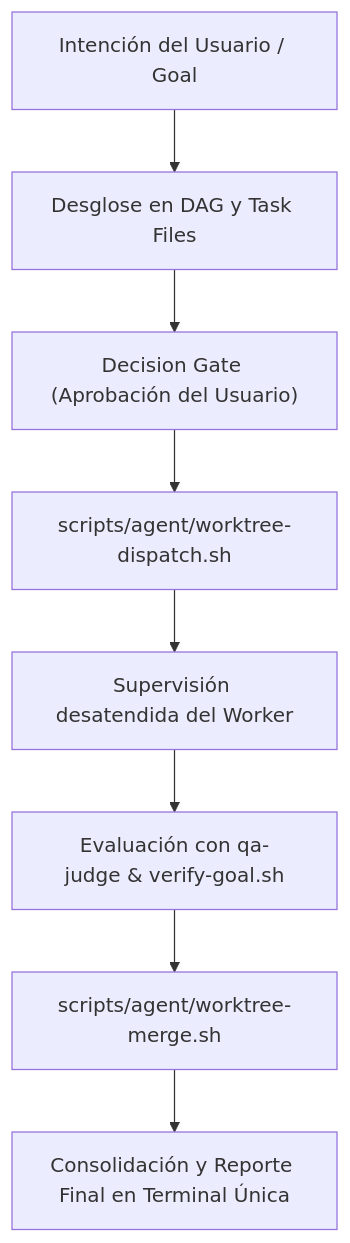
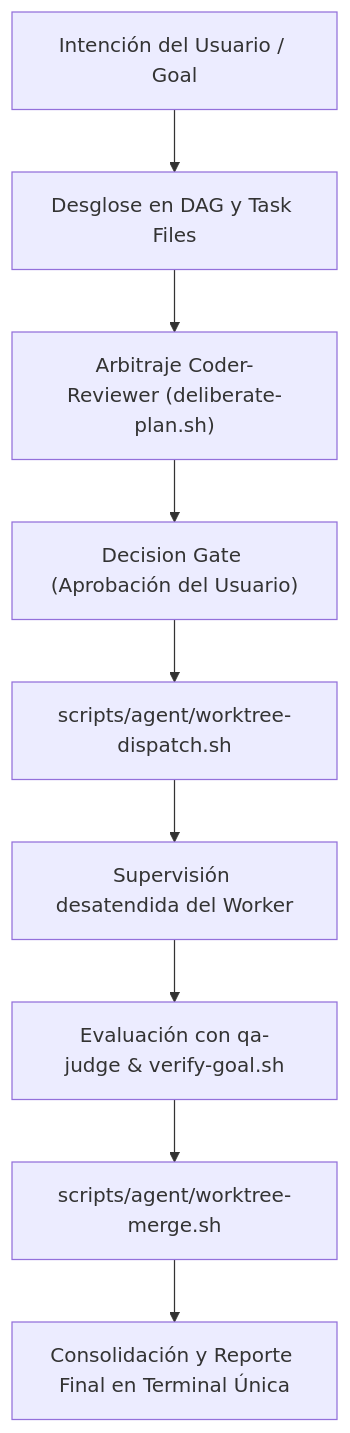
One commit to romensuarezr/agent-os changed the diagram in .agents/profiles/coordinator.md. Above: the diagram before and after it, drawn with Mermaid. The commit also changed other lines of this file and 4 other files, not shown here.

````diff
--- a/.agents/profiles/coordinator.md
+++ b/.agents/profiles/coordinator.md
@@ -62,10 +64,11 @@
 ```mermaid
 flowchart TD
     UserIntention["Intención del Usuario / Goal"] --> Plan["Desglose en DAG y Task Files"]
-    Plan --> Gate["Decision Gate (Aprobación del Usuario)"]
+    Plan --> DelibGate["Arbitraje Coder-Reviewer (deliberate-plan.sh)"]
+    DelibGate --> Gate["Decision Gate (Aprobación del Usuario)"]
     Gate --> Dispatch["scripts/agent/worktree-dispatch.sh"]
     Dispatch --> Monitor["Supervisión desatendida del Worker"]
     Monitor --> JudgeGate["Evaluación con qa-judge & verify-goal.sh"]
     JudgeGate --> Merge["scripts/agent/worktree-merge.sh"]
     Merge --> Digest["Consolidación y Reporte Final en Terminal Única"]
 ```
````
